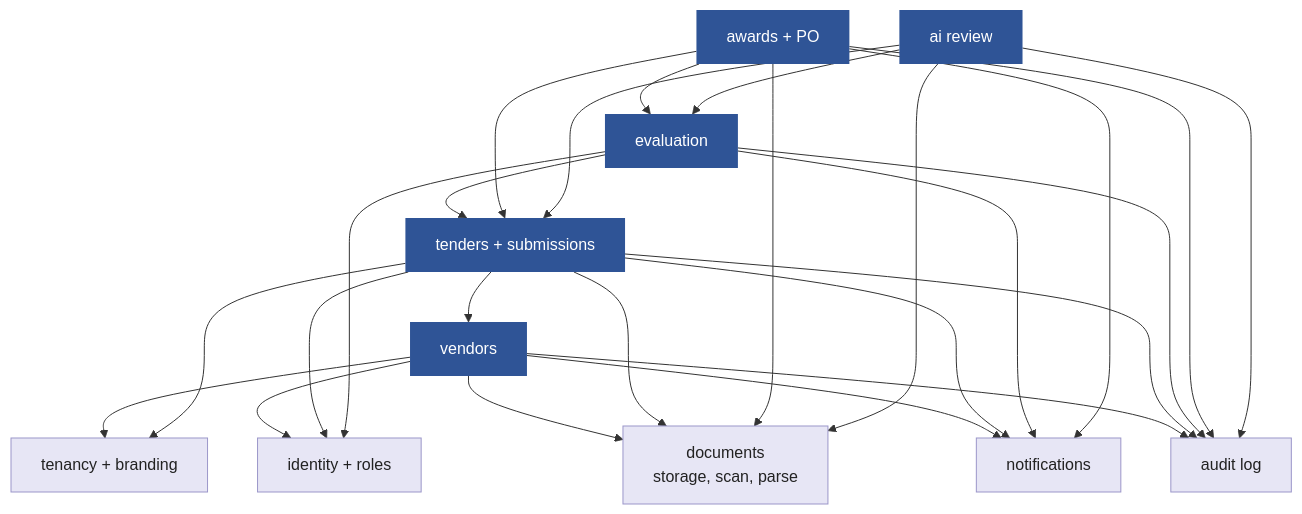
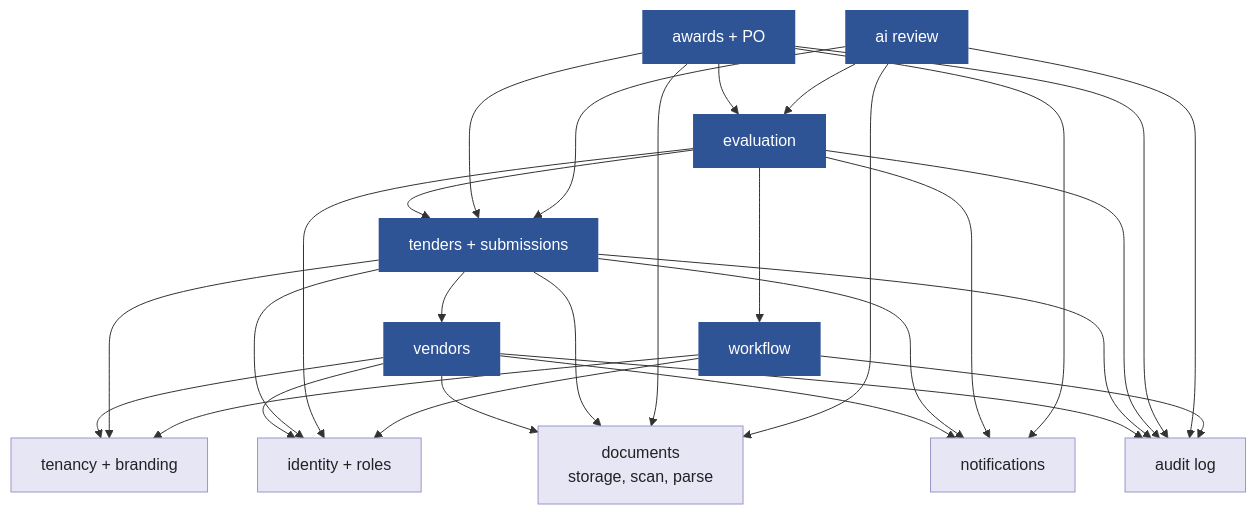
Before and after one commit to AhmedAssaf/ERP: the ninth of 13 diagrams in docs/03-diagrams.md, drawn with Mermaid. The commit also changed 7 other files, not shown here.

Commit message:
Review fixes: set-once tenant accessor, module diagram, recorded deviations

````diff
--- a/docs/03-diagrams.md
+++ b/docs/03-diagrams.md
@@ -368,23 +368,26 @@
 ```mermaid
 flowchart TB
     classDef core fill:#2F5496,color:#fff,stroke:none
     classDef shared fill:#E7E6F5,color:#222,stroke:#9B96C9
 
     TEN[tenancy + branding]:::shared
     IDN[identity + roles]:::shared
     DOC[documents<br/>storage, scan, parse]:::shared
     NOT[notifications]:::shared
     AUD[audit log]:::shared
 
     VEN[vendors]:::core
     TDR[tenders + submissions]:::core
     EVA[evaluation]:::core
     AWD[awards + PO]:::core
     AI[ai review]:::core
+    WF[workflow]:::core
 
     VEN --> TEN & IDN & DOC & NOT & AUD
     TDR --> VEN & TEN & IDN & DOC & NOT & AUD
     EVA --> TDR & IDN & AUD & NOT
+    EVA --> WF
     AWD --> EVA & TDR & DOC & NOT & AUD
     AI --> TDR & EVA & DOC & AUD
+    WF --> TEN & IDN & AUD
 ```
````
